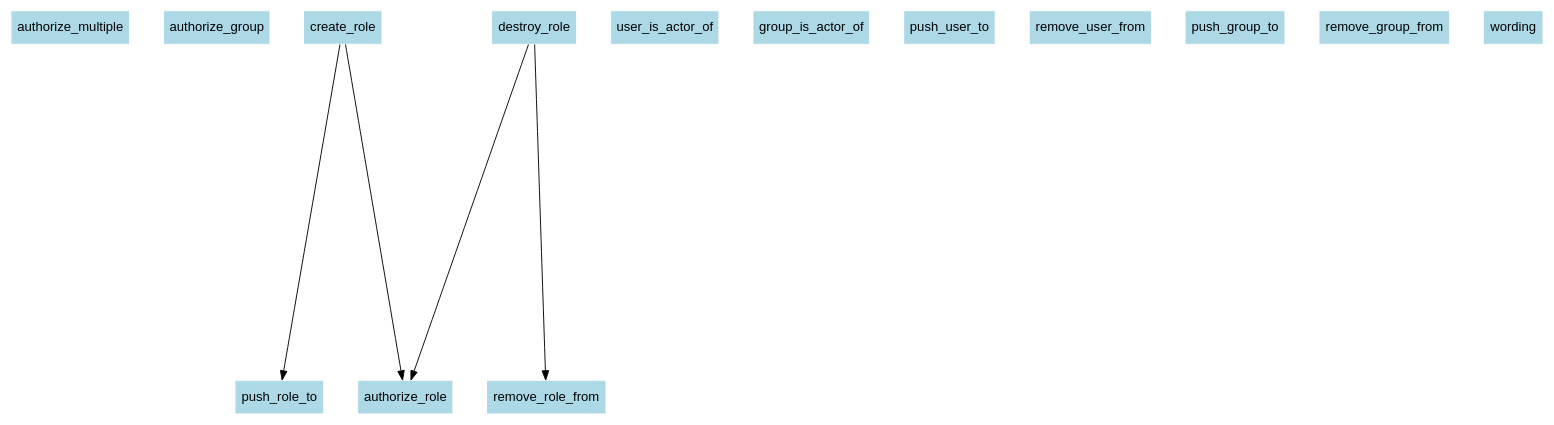
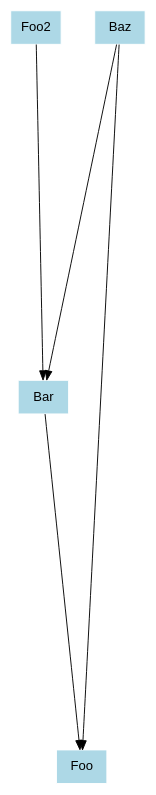
The diagram in output/call_graph.dot (chamsou-Br/RoR-Microservice-Identifier), drawn with Graphviz before and after one commit. The commit also changed 39 other files, not shown here.

```diff
--- a/output/call_graph.dot
+++ b/output/call_graph.dot
@@ -1,23 +1,14 @@
 digraph CallGraph {
-node [shape=box, style=filled, fillcolor=lightblue  , color=white]
 ranksep=5;
 nodesep=0.5;
 node [fontname=Arial];
 edge [fontname=Arial];
-authorize_multiple;
-authorize_group;
-authorize_role;
-user_is_actor_of;
-group_is_actor_of;
-push_user_to;
-remove_user_from;
-push_group_to;
-remove_group_from;
-push_role_to;
-remove_role_from;
-create_role -> authorize_role;
-create_role -> push_role_to;
-destroy_role -> authorize_role;
-destroy_role -> remove_role_from;
-wording;
+Bar -> Foo;
+Bar [shape=box, style=filled, fillcolor=lightblue  , color=white];
+Foo [shape=box, style=filled, fillcolor=lightblue  , color=white];
+Baz -> Bar;
+Baz [shape=box, style=filled, fillcolor=lightblue  , color=white];
+Baz -> Foo;
+Foo2 -> Bar;
+Foo2 [shape=box, style=filled, fillcolor=lightblue  , color=white];
 }
```
